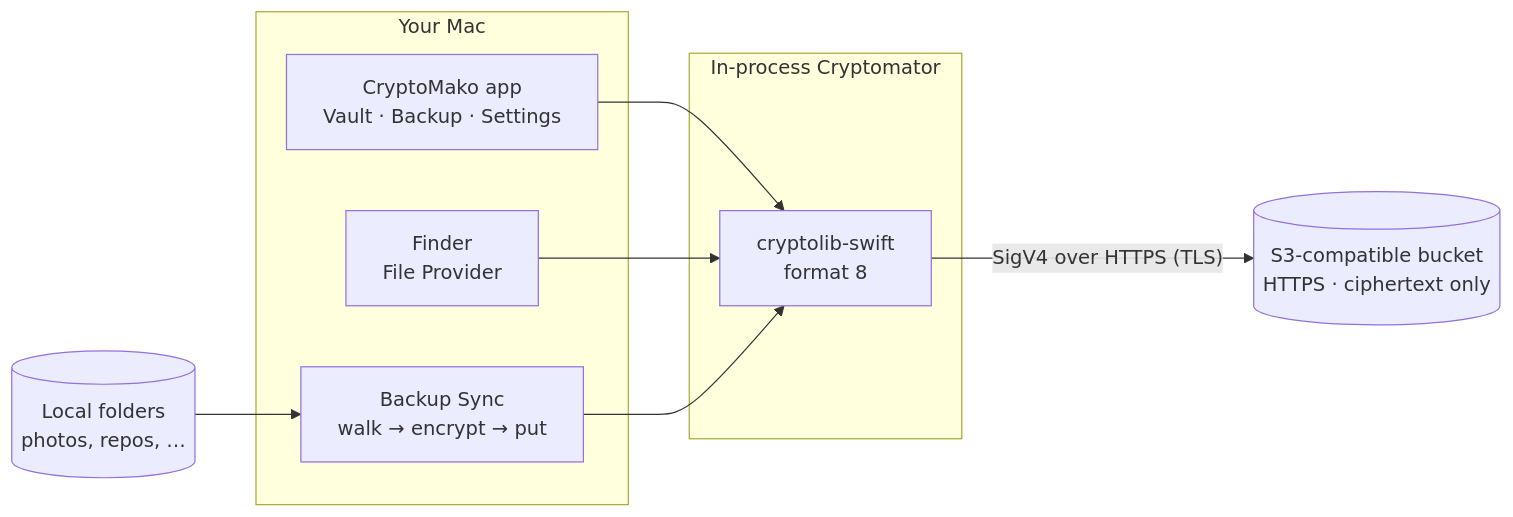
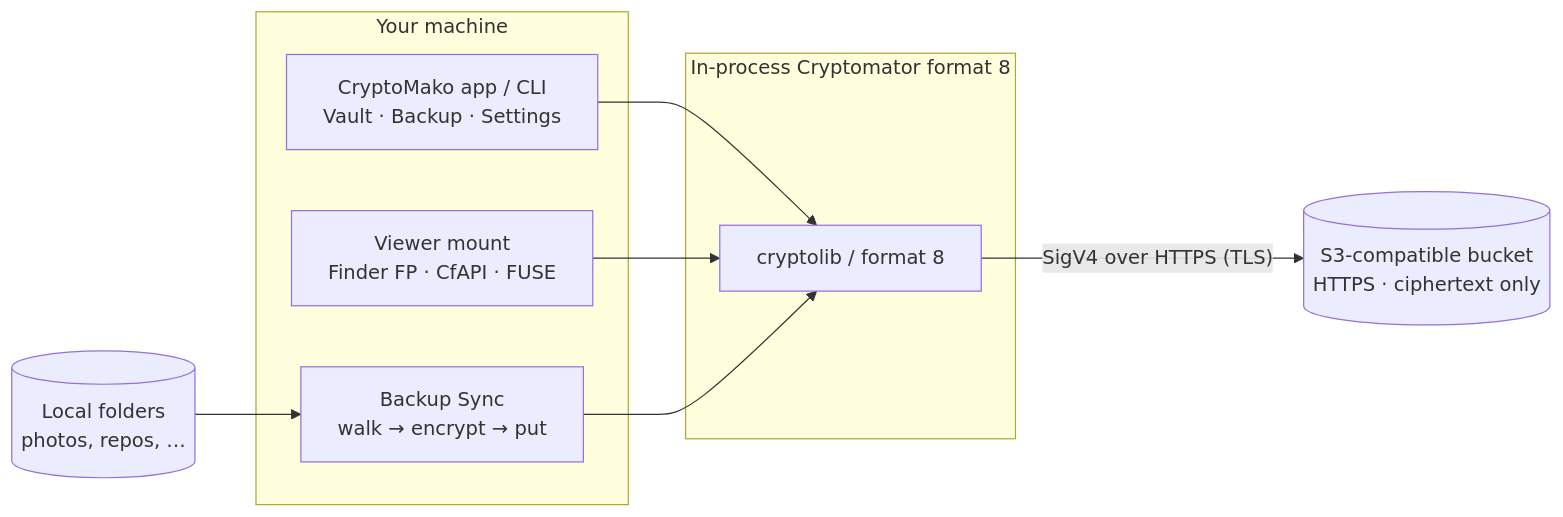
The diagram in README.md (guillebot/cryptomako), drawn with Mermaid before and after one commit. The commit also changed other lines of this file and 1 other file, not shown here.

First line of the commit message:
docs: multi-platform README + redraw architecture diagram

````diff
--- a/README.md
+++ b/README.md
@@ -31,21 +68,21 @@
 ```mermaid
 flowchart LR
-  subgraph Mac["Your Mac"]
-    UI["CryptoMako app<br/>Vault · Backup · Settings"]
-    FP["Finder<br/>File Provider"]
+  subgraph Local["Your machine"]
+    UI["CryptoMako app / CLI<br/>Vault · Backup · Settings"]
+    Mount["Viewer mount<br/>Finder FP · CfAPI · FUSE"]
     Sync["Backup Sync<br/>walk → encrypt → put"]
   end
 
-  subgraph Vault["In-process Cryptomator"]
-    Lib["cryptolib-swift<br/>format 8"]
+  subgraph Vault["In-process Cryptomator format 8"]
+    Lib["cryptolib / format 8"]
   end
 
   S3[("S3-compatible bucket<br/>HTTPS · ciphertext only")]
 
   UI --> Lib
-  FP --> Lib
+  Mount --> Lib
   Sync --> Lib
   Lib -->|"SigV4 over HTTPS (TLS)"| S3
 
-  Local[("Local folders<br/>photos, repos, …")] --> Sync
+  Folders[("Local folders<br/>photos, repos, …")] --> Sync
 ```
````
